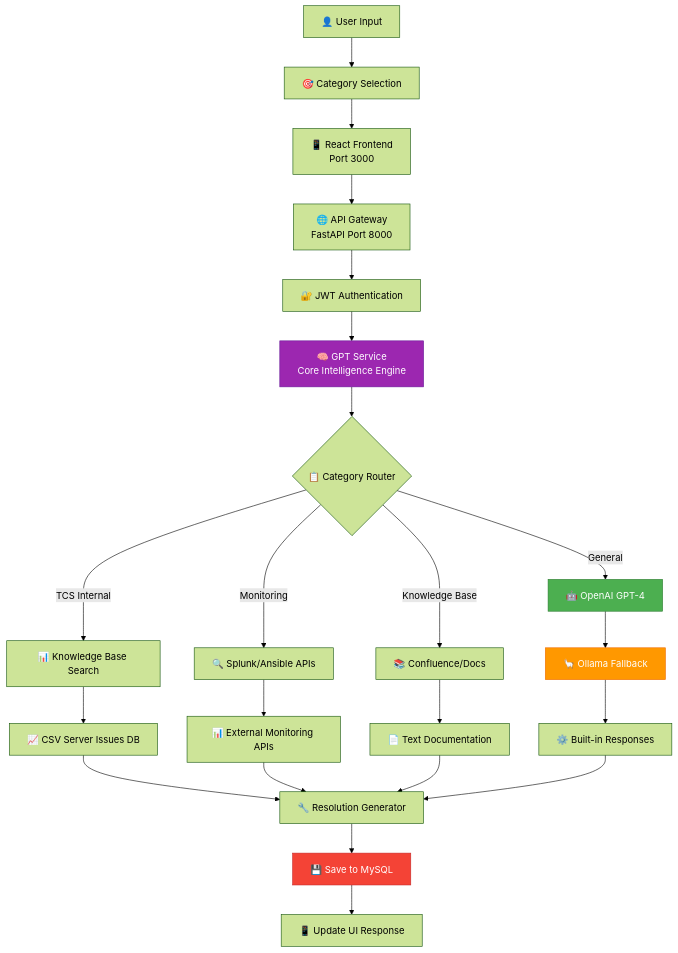
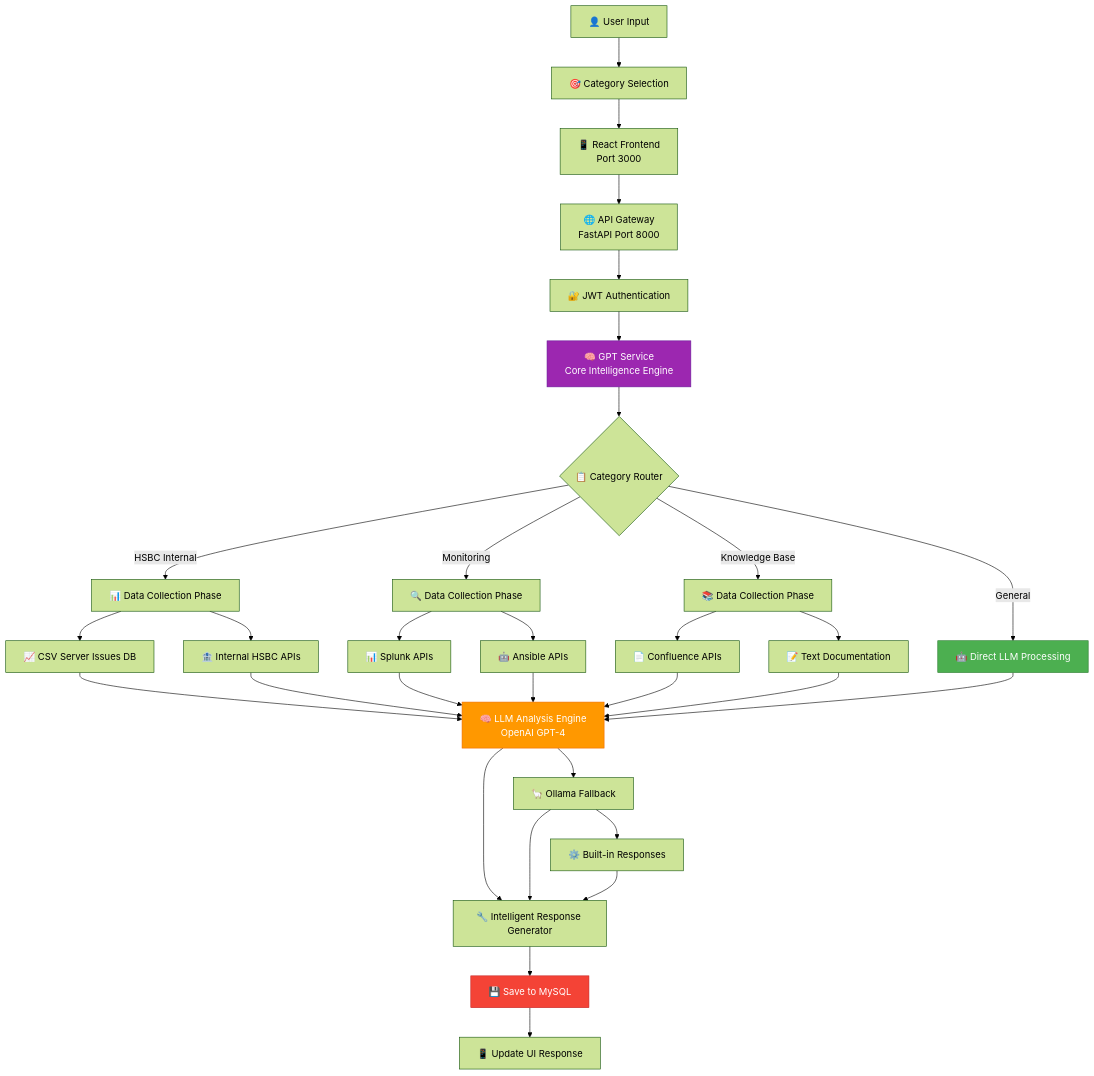
Before and after one commit to TechGeekConnectTech/testgit: the diagram in Test.md, drawn with Mermaid (forest theme). The commit also changed other lines of this file, not shown here.

````diff
--- a/Test.md
+++ b/Test.md
@@ -79,35 +79,45 @@
 ```mermaid
 graph TB
     A[👤 User Input] --> B[🎯 Category Selection]
     B --> C[📱 React Frontend<br/>Port 3000]
     C --> D[🌐 API Gateway<br/>FastAPI Port 8000]
     
     D --> E[🔐 JWT Authentication]
     E --> F[🧠 GPT Service<br/>Core Intelligence Engine]
     
     F --> G{📋 Category Router}
-    G -->|General| H[🤖 OpenAI GPT-4]
-    G -->|TCS Internal| I[📊 Knowledge Base Search]
-    G -->|Monitoring| J[🔍 Splunk/Ansible APIs]
-    G -->|Knowledge Base| K[📚 Confluence/Docs]
-    
-    H --> L[🦙 Ollama Fallback]
-    L --> M[⚙️ Built-in Responses]
+    G -->|General| H[🤖 Direct LLM Processing]
+    G -->|HSBC Internal| I[📊 Data Collection Phase]
+    G -->|Monitoring| J[🔍 Data Collection Phase]
+    G -->|Knowledge Base| K[📚 Data Collection Phase]
     
     I --> N[📈 CSV Server Issues DB]
-    J --> O[📊 External Monitoring APIs]
-    K --> P[📄 Text Documentation]
+    I --> AA[🏦 Internal HSBC APIs]
+    J --> O[📊 Splunk APIs]
+    J --> BB[🤖 Ansible APIs]
+    K --> P[📄 Confluence APIs]
+    K --> CC[📝 Text Documentation]
     
-    N --> Q[🔧 Resolution Generator]
-    O --> Q
-    P --> Q
+    N --> L[🧠 LLM Analysis Engine<br/>OpenAI GPT-4]
+    AA --> L
+    O --> L
+    BB --> L
+    P --> L
+    CC --> L
+    
+    H --> L
+    L --> DD[🦙 Ollama Fallback]
+    DD --> M[⚙️ Built-in Responses]
+    
+    L --> Q[🔧 Intelligent Response Generator]
+    DD --> Q
     M --> Q
     
     Q --> R[💾 Save to MySQL]
     R --> S[📱 Update UI Response]
     
     style F fill:#9c27b0,stroke:#6a1b9a,color:#fff
     style H fill:#4caf50,stroke:#2e7d32,color:#fff
     style L fill:#ff9800,stroke:#ef6c00,color:#fff
     style R fill:#f44336,stroke:#c62828,color:#fff
 ```
````
